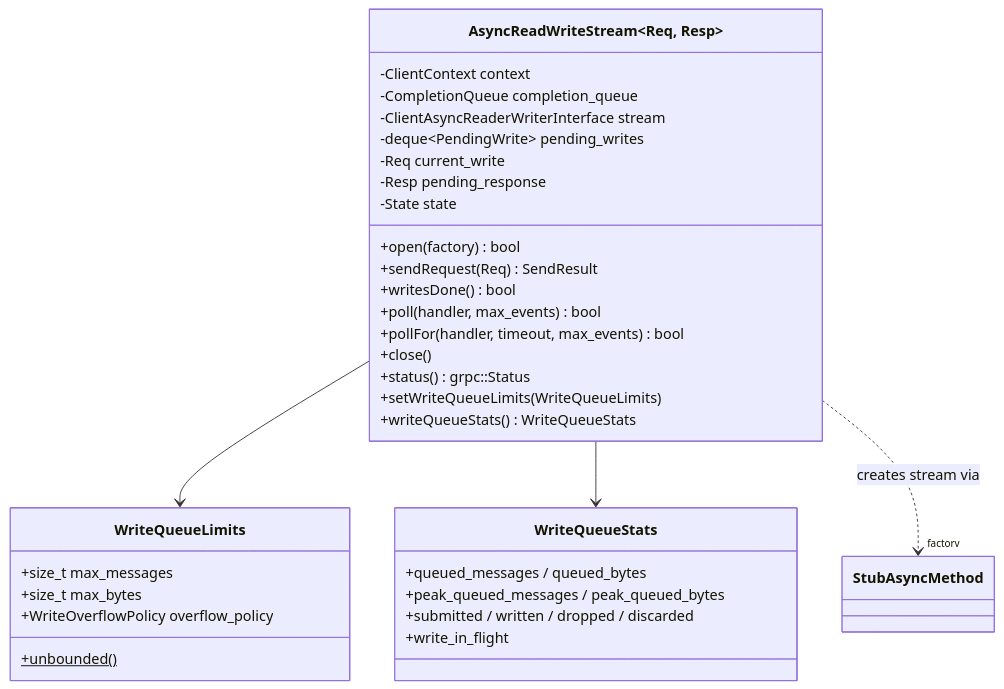
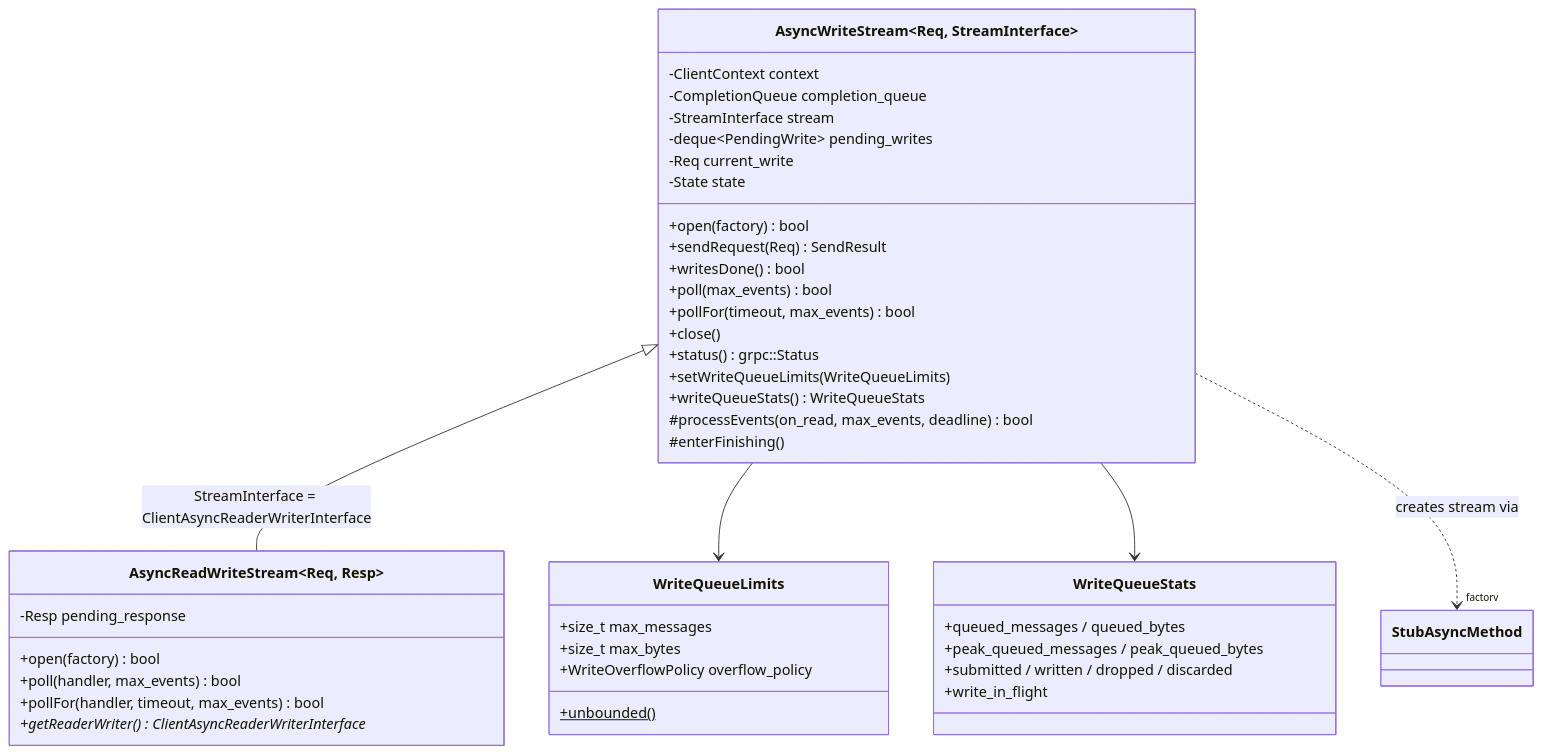
One commit to egorodet/GrpcAsyncStream changed the first of 3 diagrams in README.md. Above: the diagram before and after it, drawn with Mermaid. The commit also changed other lines of this file and 13 other files, not shown here.

Commit message:
Add AsyncWriteStream class for write-only asynchronous streams and derived existing class AsyncReadWriteStream from it.

````diff
--- a/README.md
+++ b/README.md
@@ -90,36 +115,45 @@
 ```mermaid
 classDiagram
-    class AsyncReadWriteStream~Req, Resp~ {
+    class AsyncWriteStream~Req, StreamInterface~ {
         +open(factory) bool
         +sendRequest(Req) SendResult
         +writesDone() bool
-        +poll(handler, max_events) bool
-        +pollFor(handler, timeout, max_events) bool
+        +poll(max_events) bool
+        +pollFor(timeout, max_events) bool
         +close()
         +status() grpc::Status
         +setWriteQueueLimits(WriteQueueLimits)
         +writeQueueStats() WriteQueueStats
+        #processEvents(on_read, max_events, deadline) bool
+        #enterFinishing()
         -ClientContext context
         -CompletionQueue completion_queue
-        -ClientAsyncReaderWriterInterface stream
+        -StreamInterface stream
         -deque~PendingWrite~ pending_writes
         -Req current_write
-        -Resp pending_response
         -State state
     }
+    class AsyncReadWriteStream~Req, Resp~ {
+        +open(factory) bool
+        +poll(handler, max_events) bool
+        +pollFor(handler, timeout, max_events) bool
+        +getReaderWriter() ClientAsyncReaderWriterInterface*
+        -Resp pending_response
+    }
+    AsyncWriteStream <|-- AsyncReadWriteStream : StreamInterface = ClientAsyncReaderWriterInterface
     class WriteQueueLimits {
         +size_t max_messages
         +size_t max_bytes
         +WriteOverflowPolicy overflow_policy
         +unbounded()$
     }
     class WriteQueueStats {
         +queued_messages / queued_bytes
         +peak_queued_messages / peak_queued_bytes
         +submitted / written / dropped / discarded
         +write_in_flight
     }
-    AsyncReadWriteStream --> WriteQueueLimits
-    AsyncReadWriteStream --> WriteQueueStats
-    AsyncReadWriteStream ..> "factory" StubAsyncMethod : creates stream via
+    AsyncWriteStream --> WriteQueueLimits
+    AsyncWriteStream --> WriteQueueStats
+    AsyncWriteStream ..> "factory" StubAsyncMethod : creates stream via
 ```
````
